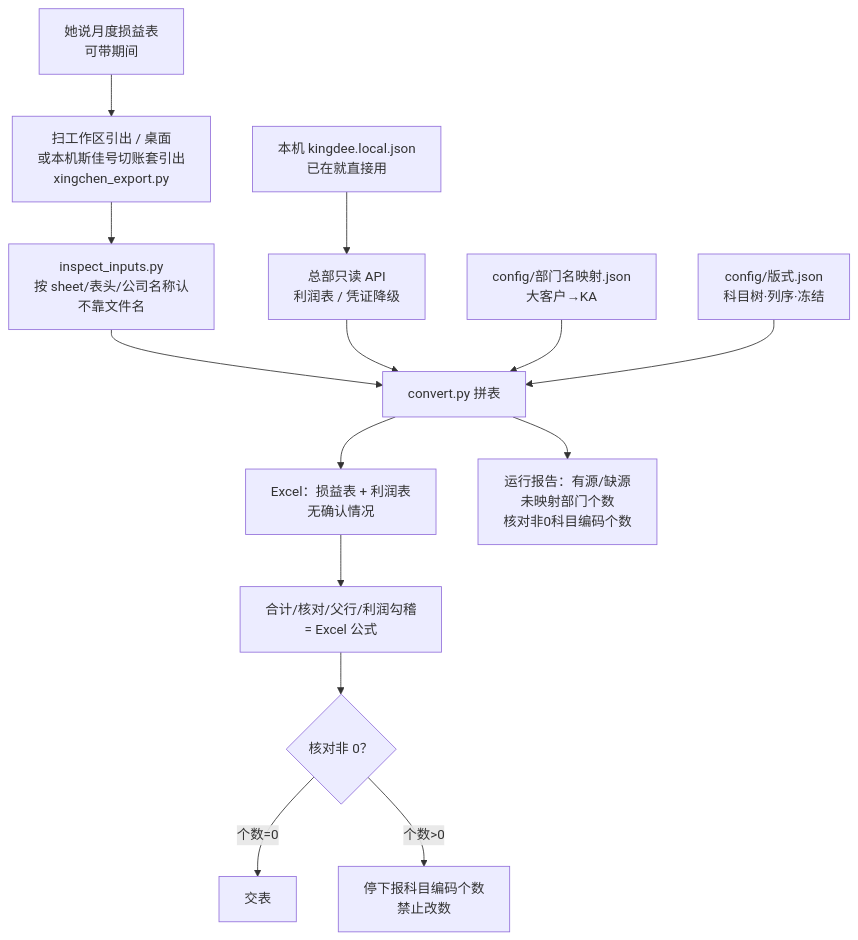
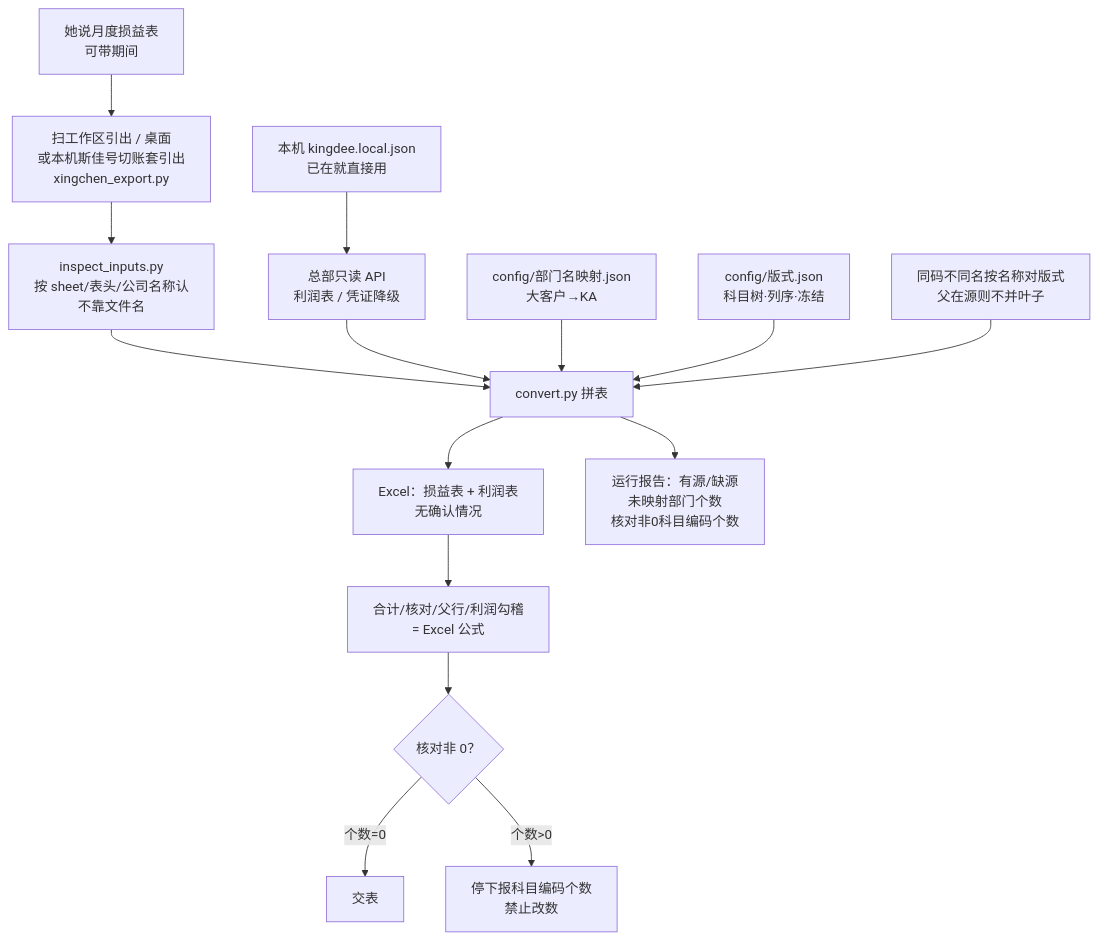
The diagram in skills/pl-dept-report/README.md (EvanLee2004/finance-skills), drawn with Mermaid before and after one commit. The commit also changed other lines of this file and 7 other files, not shown here.

````diff
--- a/skills/pl-dept-report/README.md
+++ b/skills/pl-dept-report/README.md
@@ -54,16 +54,17 @@
 ```mermaid
 flowchart TD
   IN["她说月度损益表<br/>可带期间"] --> FIND["扫工作区引出 / 桌面<br/>或本机斯佳号切账套引出<br/>xingchen_export.py"]
   FIND --> INS["inspect_inputs.py<br/>按 sheet/表头/公司名称认<br/>不靠文件名"]
   KEY["本机 kingdee.local.json<br/>已在就直接用"] --> API["总部只读 API<br/>利润表 / 凭证降级"]
   INS --> MERGE["convert.py 拼表"]
   API --> MERGE
   MAP["config/部门名映射.json<br/>大客户→KA"] --> MERGE
   LAY["config/版式.json<br/>科目树·列序·冻结"] --> MERGE
+  NAME["同码不同名按名称对版式<br/>父在源则不并叶子"] --> MERGE
   MERGE --> X["Excel：损益表 + 利润表<br/>无确认情况"]
   MERGE --> R["运行报告：有源/缺源<br/>未映射部门个数<br/>核对非0科目编码个数"]
   X --> F["合计/核对/父行/利润勾稽<br/>= Excel 公式"]
   F --> CHK{"核对非 0？"}
   CHK -->|"个数=0"| OK["交表"]
   CHK -->|"个数>0"| STOP["停下报科目编码个数<br/>禁止改数"]
 ```
````
